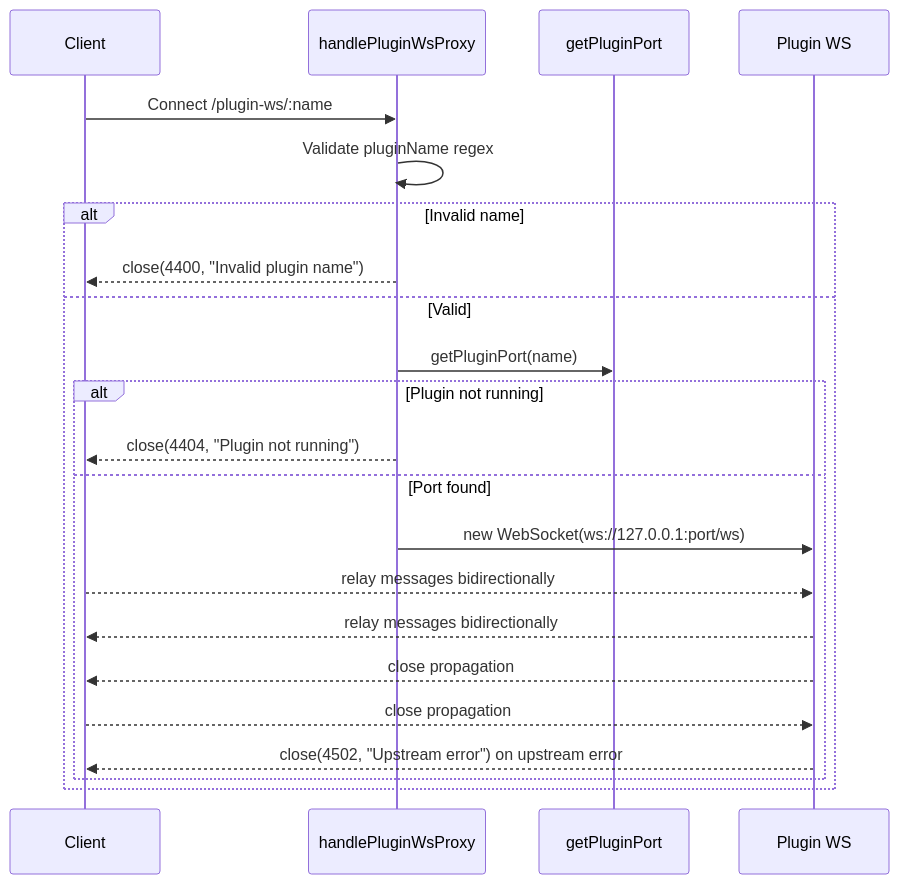
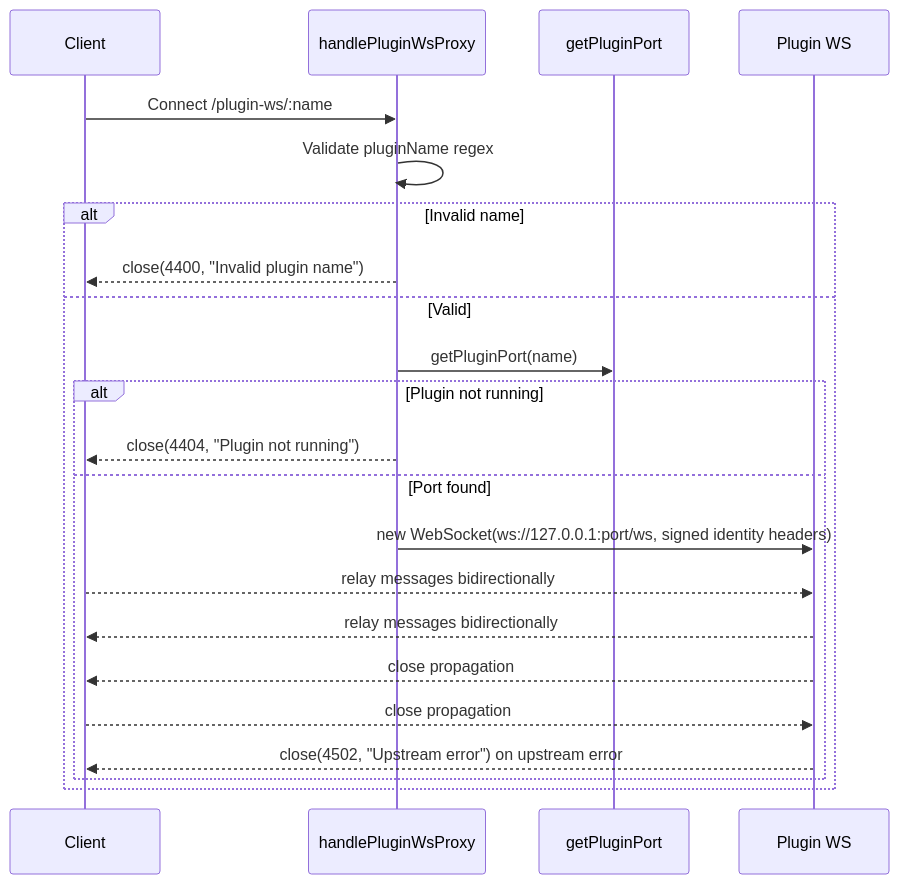
One commit to siteboon/claudecodeui changed the fifth of 5 diagrams in server/modules/websocket/README.md. Above: the diagram before and after it, drawn with Mermaid. The commit also changed other lines of this file and 24 other files, not shown here.

````diff
--- a/server/modules/websocket/README.md
+++ b/server/modules/websocket/README.md
@@ -199,25 +202,25 @@
 ```mermaid
 sequenceDiagram
   participant Client
   participant Proxy as handlePluginWsProxy
   participant PM as getPluginPort
   participant Upstream as Plugin WS
 
   Client->>Proxy: Connect /plugin-ws/:name
   Proxy->>Proxy: Validate pluginName regex
   alt Invalid name
     Proxy-->>Client: close(4400, "Invalid plugin name")
   else Valid
     Proxy->>PM: getPluginPort(name)
     alt Plugin not running
       Proxy-->>Client: close(4404, "Plugin not running")
     else Port found
-      Proxy->>Upstream: new WebSocket(ws://127.0.0.1:port/ws)
+      Proxy->>Upstream: new WebSocket(ws://127.0.0.1:port/ws, signed identity headers)
       Client-->>Upstream: relay messages bidirectionally
       Upstream-->>Client: relay messages bidirectionally
       Upstream-->>Client: close propagation
       Client-->>Upstream: close propagation
       Upstream-->>Client: close(4502, "Upstream error") on upstream error
     end
   end
 ```
````
